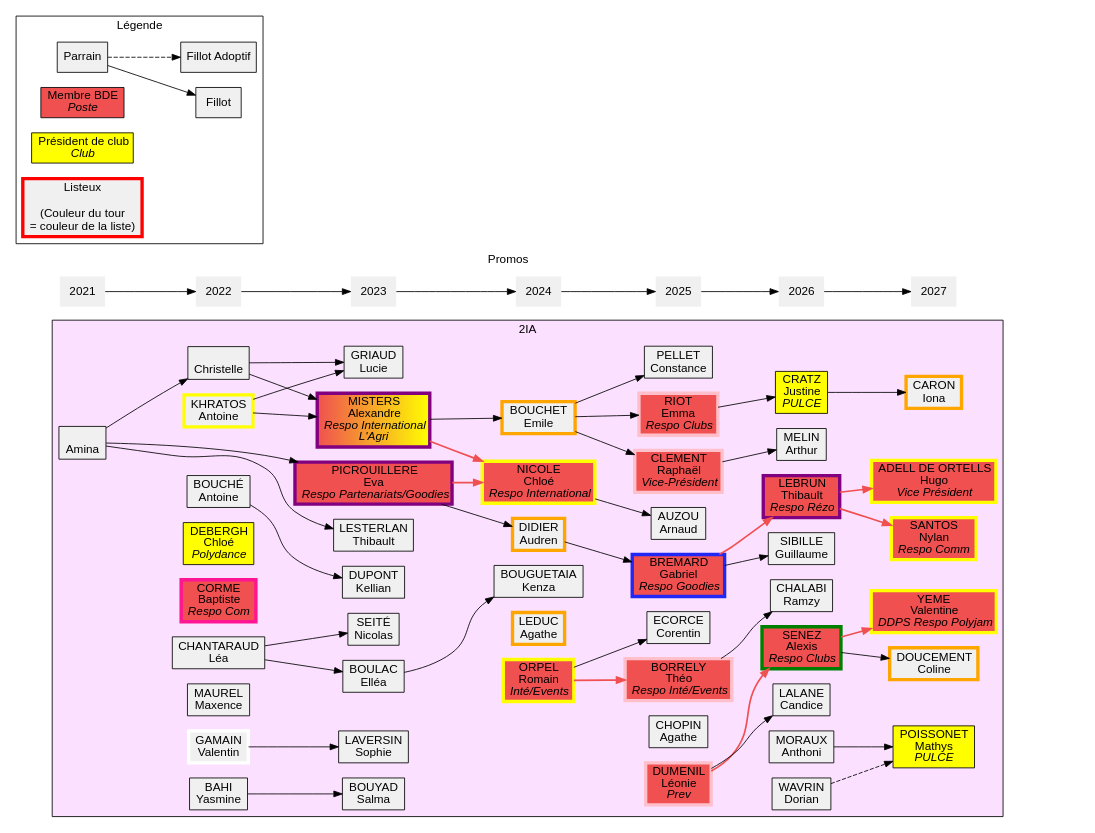
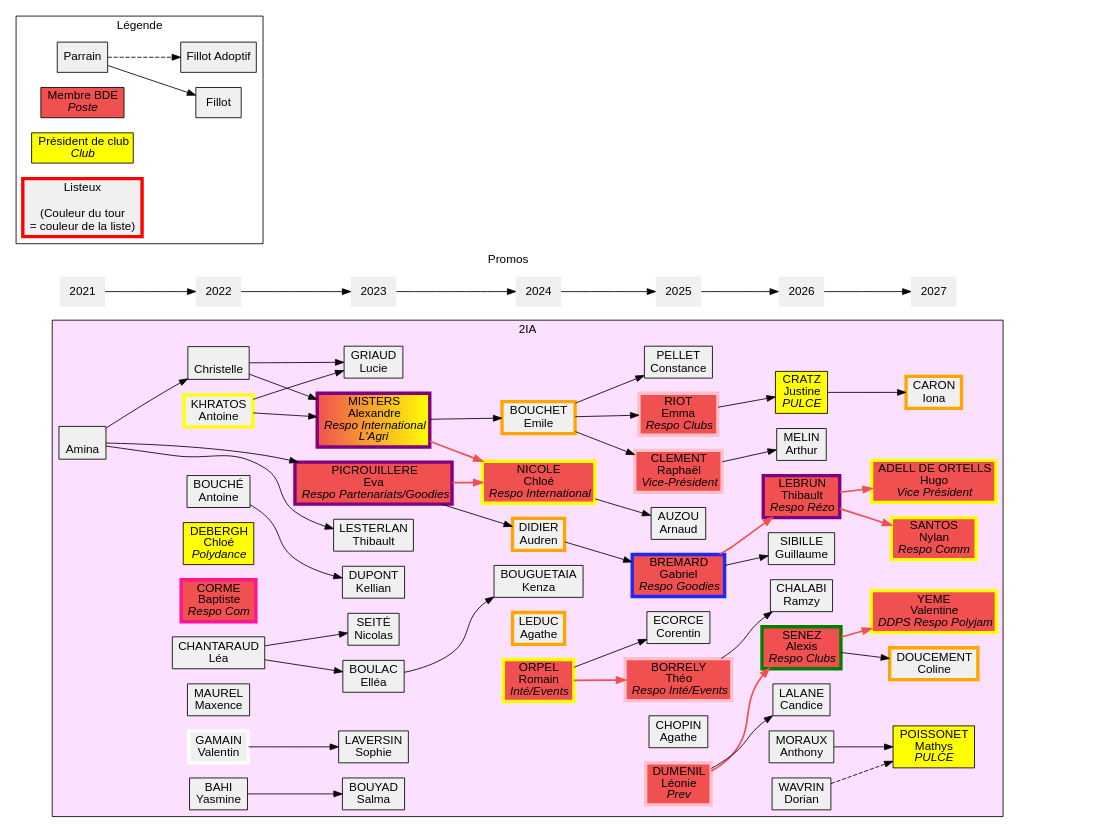
Before and after one commit to LeBenyeh/poly_gen: the diagram in 2ia.dot, drawn with Graphviz. The commit also changed 11 other files, not shown here.

```diff
--- a/2ia.dot
+++ b/2ia.dot
@@ -1,168 +1,168 @@
 digraph iia {
 	graph [
 		charset = "UTF-8";
 		style = filled;
 		fontname = "Arial";
 	];
 
 	node [
 		shape = box;
 		style = filled;
 		fillcolor = "#f0f0f0";
 		fontname = "Arial";
 	];
 
 	rankdir = LR;
 
 	subgraph cluster_promos {
 		label = "Promos";
 		penwidth = 0;
 		color = none;
 		node [shape = none];
 
 		"2021" -> "2022" -> "2023" -> "2024" -> "2025" -> "2026" -> "2027";
 	}
     	subgraph cluster_legende {
 		label = "Légende";
 		fillcolor = none;
 
 		leg_parrain	[label = "Parrain"];
 		leg_fillot	[label = "Fillot"];
 		leg_fillotadop	[label = "Fillot Adoptif"];
 		leg_BDE		[label = <Membre BDE<BR/><I>Poste</I>> fillcolor="#f05050"];
 		leg_prez	[label = <Président de club<BR/><I>Club</I>> fillcolor="yellow"];
 		leg_listeux	[label = "Listeux\n\n(Couleur du tour\n = couleur de la liste)" penwidth=4 color="red"];
 
 		leg_parrain -> leg_fillot;
 		leg_parrain -> leg_fillotadop [style = "dashed"];
 	}
 	
 	subgraph cluster_2IA {
 		label = "2IA";
 		fillcolor = "#FCE0FF";
 
 		{ rank="same";
 			amina		[label = "\nAmina"];
 		}
 
 		{ rank="same";
 			antoinebouch	[label = "BOUCHÉ\nAntoine"];
 			antoinekhra	[label = "KHRATOS\nAntoine" penwidth=4 color="yellow"];
 			chloedeb	[label = <DEBERGH<BR/>Chloé<BR/><I>Polydance</I>> fillcolor="yellow"];
 			christelle	[label = "\nChristelle"];
 			joker		[label = <CORME<BR/>Baptiste<BR/><I>Respo Com</I>> fillcolor="#f05050" penwidth=4 color="deeppink"];
 			leachantar	[label = "CHANTARAUD\nLéa"];
 			maxencemor	[label = "MAUREL\nMaxence"];
 			valentingam	[label = "GAMAIN\nValentin" penwidth=4 color="white"];
 			yasminebahi	[label = "BAHI\nYasmine"];
 		}
 		amina -> christelle;
 
 
 		{ rank="same";
 			evapicrou	[label = <PICROUILLERE<BR/>Eva<BR/><I>Respo Partenariats/Goodies</I>> fillcolor="#f05050" penwidth=4 color="purple"];
 			
 			
 			kelliandup	[label = "DUPONT\nKellian"];
 			luciegria	[label = "GRIAUD\nLucie"];
 			nicolatseite	[label = "SEITÉ\nNicolas"];
 			elboulac	[label = "BOULAC\nElléa"];
 			salmabouyad	[label = "BOUYAD\nSalma"];
 			smitty		[label = <MISTERS<BR/>Alexandre<BR/><I>Respo International<BR/>L'Agri</I>> fillcolor="#f05050:yellow" penwidth=4 color="purple"];
 			sophielaver	[label = "LAVERSIN\nSophie"];
 			thibaultleste	[label = "LESTERLAN\nThibault"];
 
 			//portalSE	[label = " \nSE\n " shape="ellipse" penwidth=6 color="orange" fillcolor="#FFE0E0"];
 		}
 		amina -> evapicrou;
 		amina -> thibaultleste;
 		antoinebouch -> kelliandup;
 		antoinekhra -> luciegria;
 		antoinekhra -> smitty;
 		christelle -> luciegria;
 		christelle -> smitty;
 		leachantar -> nicolatseite;
 		leachantar -> elboulac;
 		valentingam -> sophielaver;
 		yasminebahi -> salmabouyad;
 
 		{ rank="same";
 			chloenico	[label = <NICOLE<BR/>Chloé<BR/><I>Respo International</I>> fillcolor="#f05050" penwidth=4 color="yellow"];
 			didieraud	[label = "DIDIER\nAudren" penwidth=4 color="orange"];
 			emilebct	[label = "BOUCHET \nEmile" penwidth=4 color="orange"];
 			agatleduc	[label = "LEDUC\nAgathe" penwidth=4 color="orange"];
 			romainorp	[label = <ORPEL<BR/>Romain<BR/><I>Inté/Events</I>> fillcolor="#f05050" penwidth=4 color="yellow"];
 			kbouguetaia [label="BOUGUETAIA\nKenza"];
 
 		}
 		elboulac -> kbouguetaia;
 		evapicrou -> chloenico [penwidth=2 color = "#f05050"];
 		evapicrou -> didieraud;
 		smitty -> chloenico [penwidth=2 color = "#f05050"];
 		smitty -> emilebct;
 		
 		{ rank="same";
 			arnaudauz  [label = "AUZOU\nArnaud"];
 			constancep [label = "PELLET\nConstance"];
 			agathechop [label = "CHOPIN\nAgathe"];
 			raphaelcle [label = <CLEMENT<BR/>Raphaël<BR/><I>Vice-Président</I>> fillcolor="#f05050" penwidth=4 color="pink"];
 			emmariot   [label = <RIOT<BR/>Emma<BR/><I>Respo Clubs</I>> fillcolor="#f05050" penwidth=4 color="pink"];
 			ldumenil   [label = <DUMENIL<BR/>Léonie<BR/><I>Prev</I>> fillcolor="#f05050" penwidth=4 color="pink"];
 			corentinec [label = "ECORCE\nCorentin"];
 			theoborel  [label = <BORRELY<BR/>Théo<BR/><I>Respo Inté/Events</I>> fillcolor="#f05050" penwidth=4 color="pink"]; 
 			gabrielbr  [label = <BREMARD<BR/>Gabriel<BR/><I>Respo Goodies</I>> fillcolor="#f05050" penwidth=4 color="#2128f5"];
 		}
 		romainorp -> corentinec;
 		romainorp -> theoborel [penwidth=2 color = "#f05050"];
 		emilebct -> constancep;
 		emilebct -> raphaelcle;
 		emilebct -> emmariot;
 		chloenico->arnaudauz;
 		didieraud -> gabrielbr;
 
 
 		{ rank="same";
 			amelin 		[label = "MELIN\nArthur"];
 			rchalabi    [label = "CHALABI\nRamzy"];
 			asenez 		[label = <SENEZ<BR/>Alexis<BR/><I>Respo Clubs</I>> fillcolor="#f05050" penwidth=4 color="green"];
 			tlebrun 	[label = <LEBRUN<BR/>Thibault<BR/><I>Respo Rézo</I>> fillcolor="#f05050" penwidth=4 color="purple"];
 			jcratz		[label =<CRATZ<BR/>Justine<BR/><I>PULCE</I>> fillcolor="yellow"];
 			clalance	[label = "LALANE\nCandice"];
 			gsibille 	[label = "SIBILLE\nGuillaume"];
-			amoraux		[label = "MORAUX\nAnthoni"];
+			amoraux		[label = "MORAUX\nAnthony"];
 			dwavrin		[label = "WAVRIN\nDorian"];
 
 		}
 			theoborel ->rchalabi
 			raphaelcle->amelin;
 			ldumenil->asenez [penwidth=2 color = "#f05050"];
 			ldumenil->clalance;
 			gabrielbr->tlebrun [penwidth=2 color = "#f05050"];
 			gabrielbr->gsibille;
 			emmariot->jcratz;
 		
 		//portalSE -> romainorp [style=dashed penwidth=2 color="#f05050"];
 
 		{ rank="same";
 			mpoissonet 		[label = <POISSONET<BR/>Mathys<BR/><I>PULCE</I>> fillcolor="yellow"];
 			hadell 	   		[label = <ADELL DE ORTELLS<BR/>Hugo<BR/><I>Vice Président</I>> fillcolor="#f05050" penwidth=4 color="yellow"];
 			icaron 			[label = <CARON<BR/>Iona<BR/>>  penwidth=4 color="orange"];
 			cdoucement 		[label = <DOUCEMENT<BR/>Coline<BR/>> penwidth=4 color="orange"];
 			nsantos			[label =<SANTOS<BR/>Nylan<BR/><I>Respo Comm</I>> fillcolor="#f05050" penwidth=4 color="yellow"];
  			vyeme			[label =<YEME<BR/>Valentine<BR/><I>DDPS Respo Polyjam</I>> fillcolor="#f05050" penwidth=4 color="yellow"];
 		}
 		amoraux -> mpoissonet;
 		dwavrin -> mpoissonet [style=dashed];
 		tlebrun -> hadell [penwidth=2 color = "#f05050"];
 		jcratz -> icaron;
 		asenez -> cdoucement;
 		tlebrun -> nsantos [penwidth=2 color = "#f05050"];
 		asenez -> vyeme [penwidth=2 color = "#f05050"];
 		
 	}
 
 	endnode [style=invis];
 
 	mpoissonet -> endnode [style=invis];
 	"2027" -> endnode [style=invis];
 }
```
